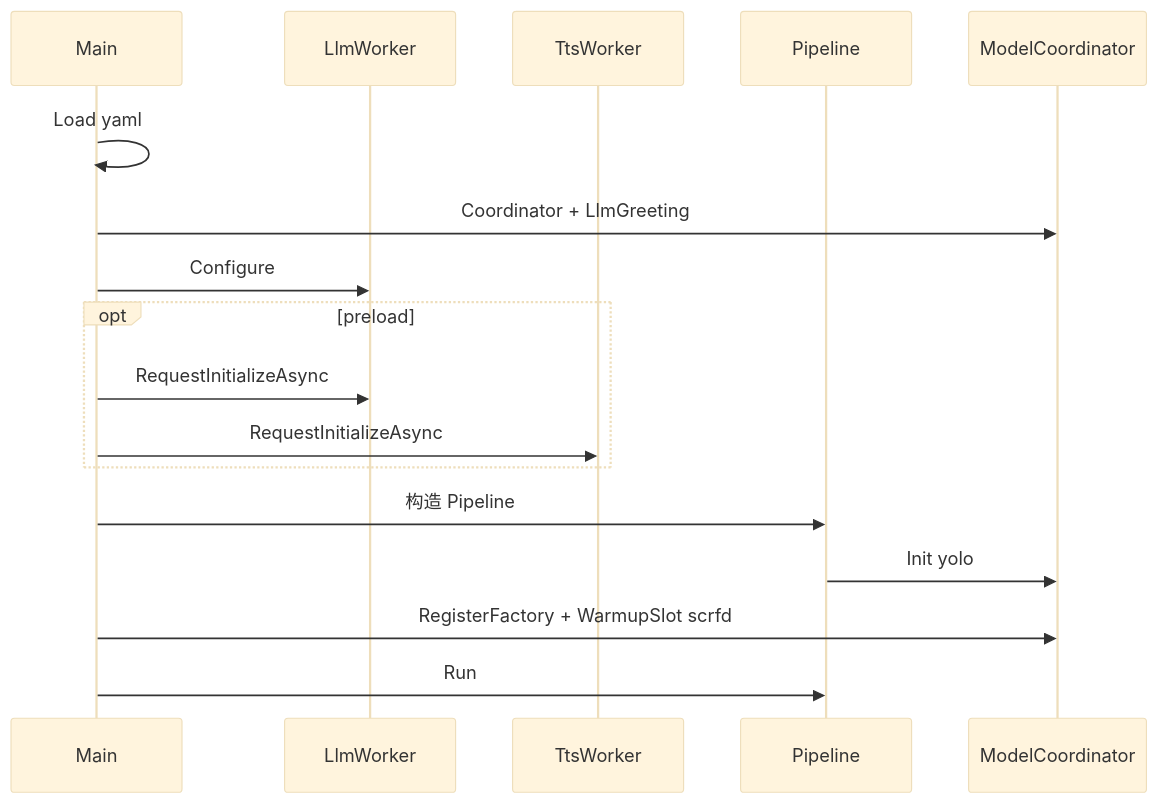
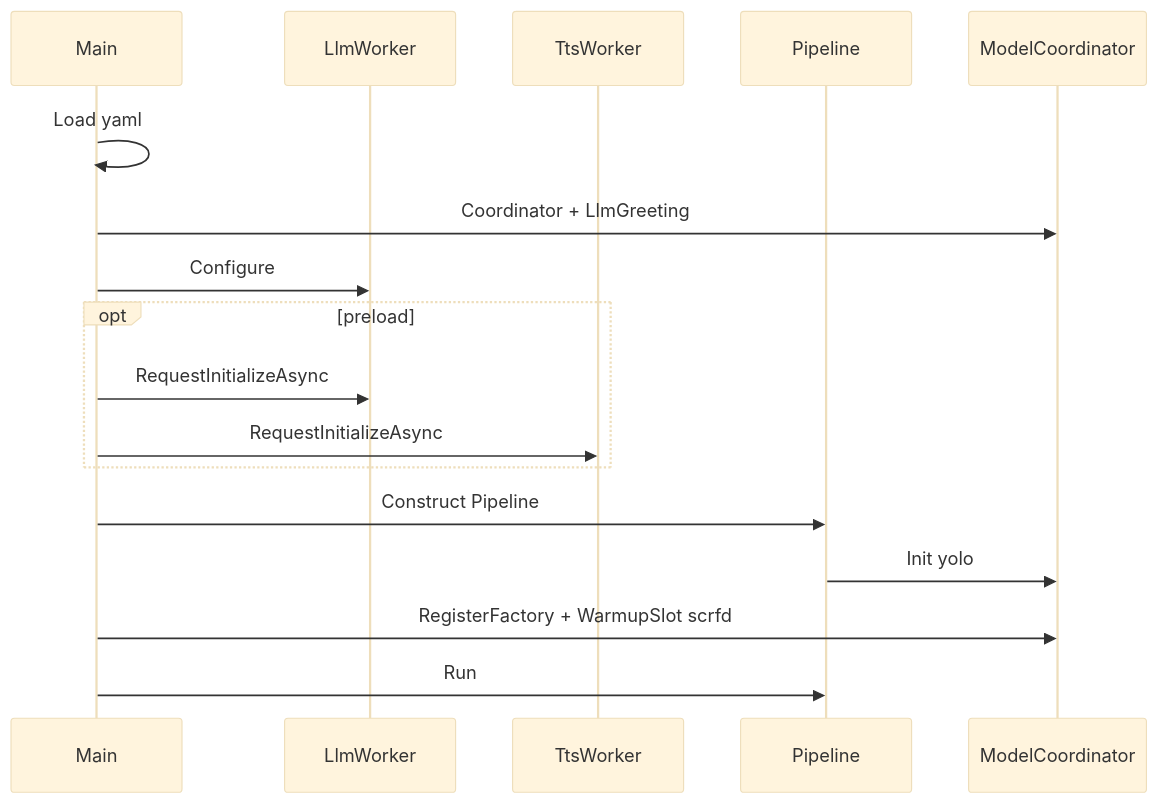
The second of 3 diagrams in docs/architecture-and-runtime.md (kyshipit/eai-rk3588), drawn with Mermaid (base theme) before and after one commit. The commit also changed other lines of this file and 21 other files, not shown here.

````diff
--- a/docs/architecture-and-runtime.md
+++ b/docs/architecture-and-runtime.md
@@ -111,19 +110,19 @@
 ```mermaid
 sequenceDiagram
     participant Main
     participant LLM as LlmWorker
     participant TTS as TtsWorker
     participant Pipe as Pipeline
     participant MC as ModelCoordinator
     Main->>Main: Load yaml
     Main->>MC: Coordinator + LlmGreeting
     Main->>LLM: Configure
     opt preload
         Main->>LLM: RequestInitializeAsync
         Main->>TTS: RequestInitializeAsync
     end
-    Main->>Pipe: 构造 Pipeline
+    Main->>Pipe: Construct Pipeline
     Pipe->>MC: Init yolo
     Main->>MC: RegisterFactory + WarmupSlot scrfd
     Main->>Pipe: Run
 ```
````
